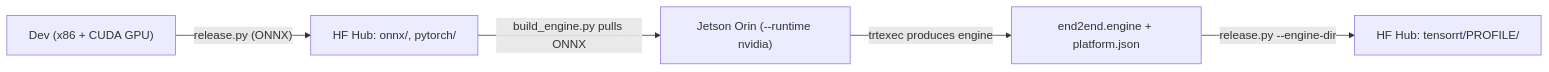
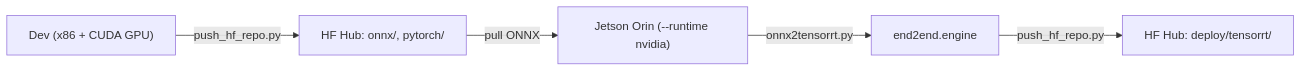
One commit to serene4mr/mowing-terrain-seg changed the diagram in docs/deploy.md. Above: the diagram before and after it, drawn with Mermaid. The commit also changed other lines of this file and 6 other files, not shown here.

````diff
--- a/docs/deploy.md
+++ b/docs/deploy.md
@@ -137,7 +37,7 @@
 ```mermaid
 flowchart LR
-    dev["Dev (x86 + CUDA GPU)"] -- "release.py (ONNX)" --> hub1["HF Hub: onnx/, pytorch/"]
-    hub1 -- "build_engine.py pulls ONNX" --> orin["Jetson Orin (--runtime nvidia)"]
-    orin -- "trtexec produces engine" --> orin2["end2end.engine + platform.json"]
-    orin2 -- "release.py --engine-dir" --> hub2["HF Hub: tensorrt/PROFILE/"]
+    dev["Dev (x86 + CUDA GPU)"] -- "push_hf_repo.py" --> hub1["HF Hub: onnx/, pytorch/"]
+    hub1 -- "pull ONNX" --> orin["Jetson Orin (--runtime nvidia)"]
+    orin -- "onnx2tensorrt.py" --> orin2["end2end.engine"]
+    orin2 -- "push_hf_repo.py" --> hub2["HF Hub: deploy/tensorrt/"]
 ```
````
